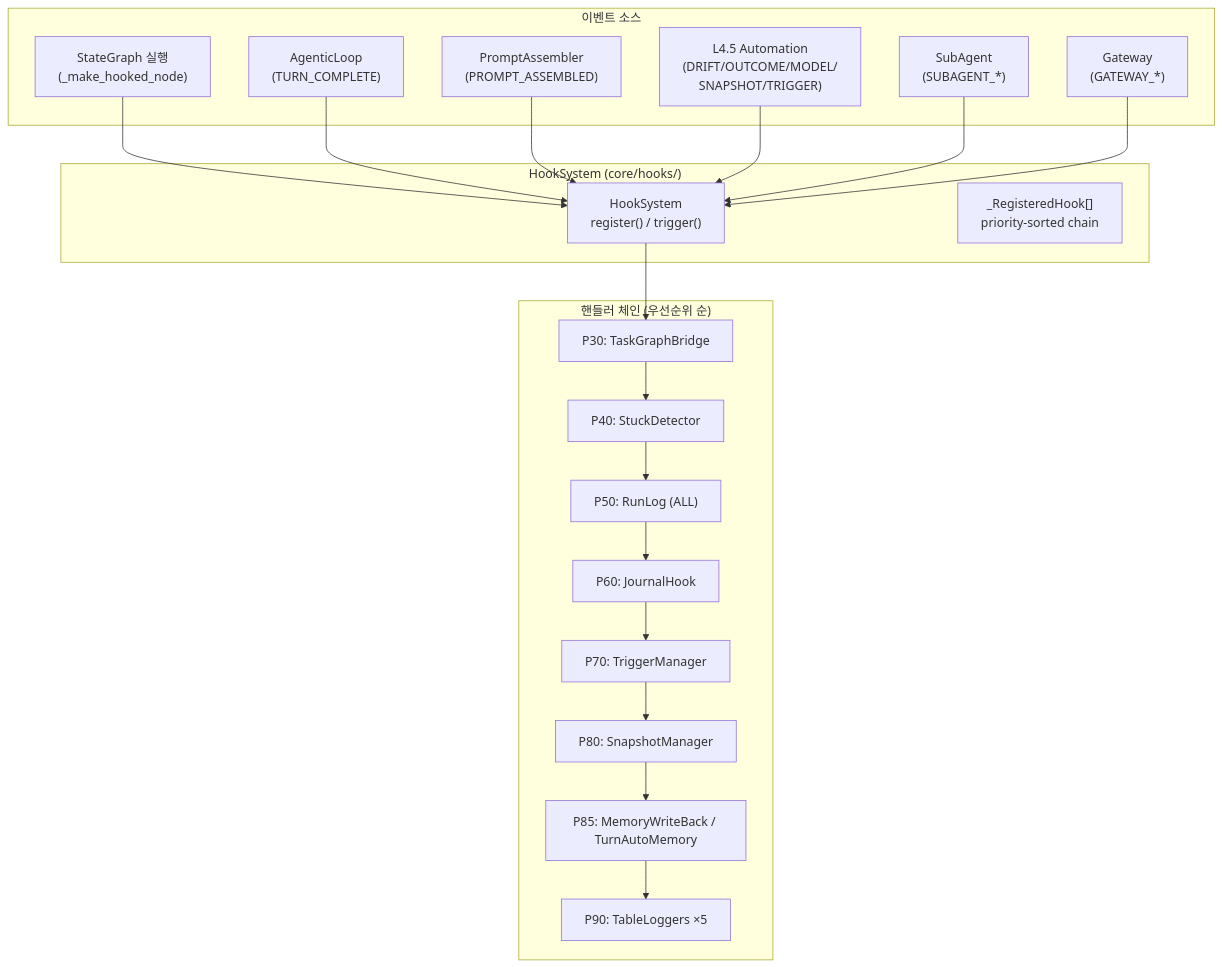
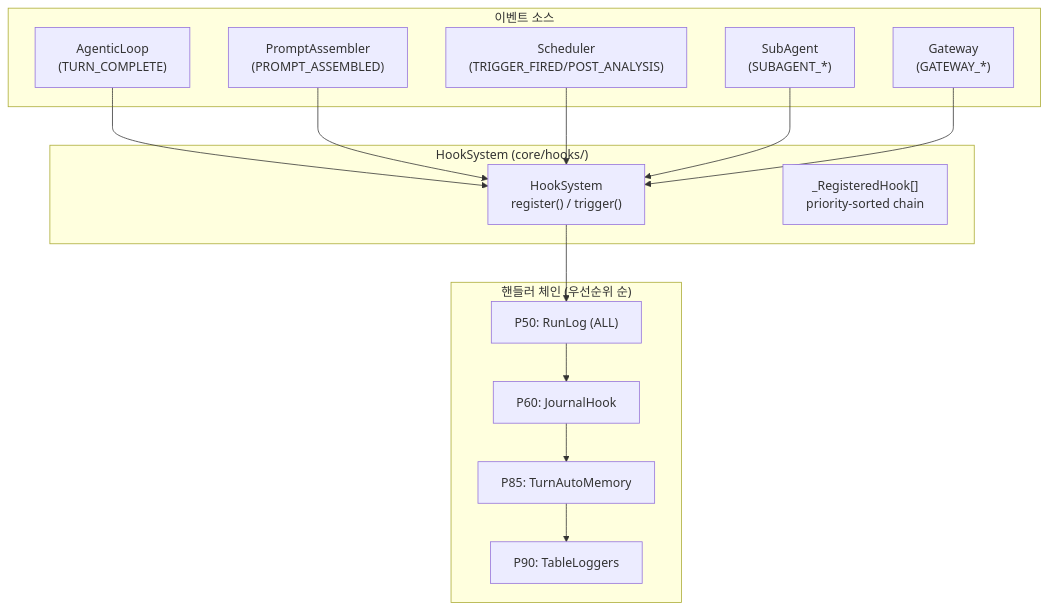
Before and after one commit to mangowhoiscloud/geode: the diagram in docs/architecture/hook-system.md, drawn with Mermaid. The commit also changed other lines of this file and 63 other files, not shown here.

First line of the commit message:
refactor(hooks): delete dead analysis-pipeline event family + L4.5 automation chain (v0.99.149)

````diff
--- a/docs/architecture/hook-system.md
+++ b/docs/architecture/hook-system.md
@@ -98,35 +87,29 @@
 ```mermaid
 graph TB
     subgraph "이벤트 소스"
-        SG["StateGraph 실행<br/>(_make_hooked_node)"]
         AL["AgenticLoop<br/>(TURN_COMPLETE)"]
         PA["PromptAssembler<br/>(PROMPT_ASSEMBLED)"]
-        L45["L4.5 Automation<br/>(DRIFT/OUTCOME/MODEL/<br/>SNAPSHOT/TRIGGER)"]
+        SCH["Scheduler<br/>(TRIGGER_FIRED/POST_ANALYSIS)"]
         SA["SubAgent<br/>(SUBAGENT_*)"]
         GW["Gateway<br/>(GATEWAY_*)"]
     end
 
     subgraph "HookSystem (core/hooks/)"
         HS["HookSystem<br/>register() / trigger()"]
         RH["_RegisteredHook[]<br/>priority-sorted chain"]
     end
 
     subgraph "핸들러 체인 (우선순위 순)"
-        P30["P30: TaskGraphBridge"]
-        P40["P40: StuckDetector"]
         P50["P50: RunLog (ALL)"]
         P60["P60: JournalHook"]
-        P70["P70: TriggerManager"]
-        P80["P80: SnapshotManager"]
-        P85["P85: MemoryWriteBack / TurnAutoMemory"]
-        P90["P90: TableLoggers ×5"]
+        P85["P85: TurnAutoMemory"]
+        P90["P90: TableLoggers"]
     end
 
-    SG --> HS
     AL --> HS
     PA --> HS
-    L45 --> HS
+    SCH --> HS
     SA --> HS
     GW --> HS
-    HS --> P30 --> P40 --> P50 --> P60 --> P70 --> P80 --> P85 --> P90
+    HS --> P50 --> P60 --> P85 --> P90
 ```
````
